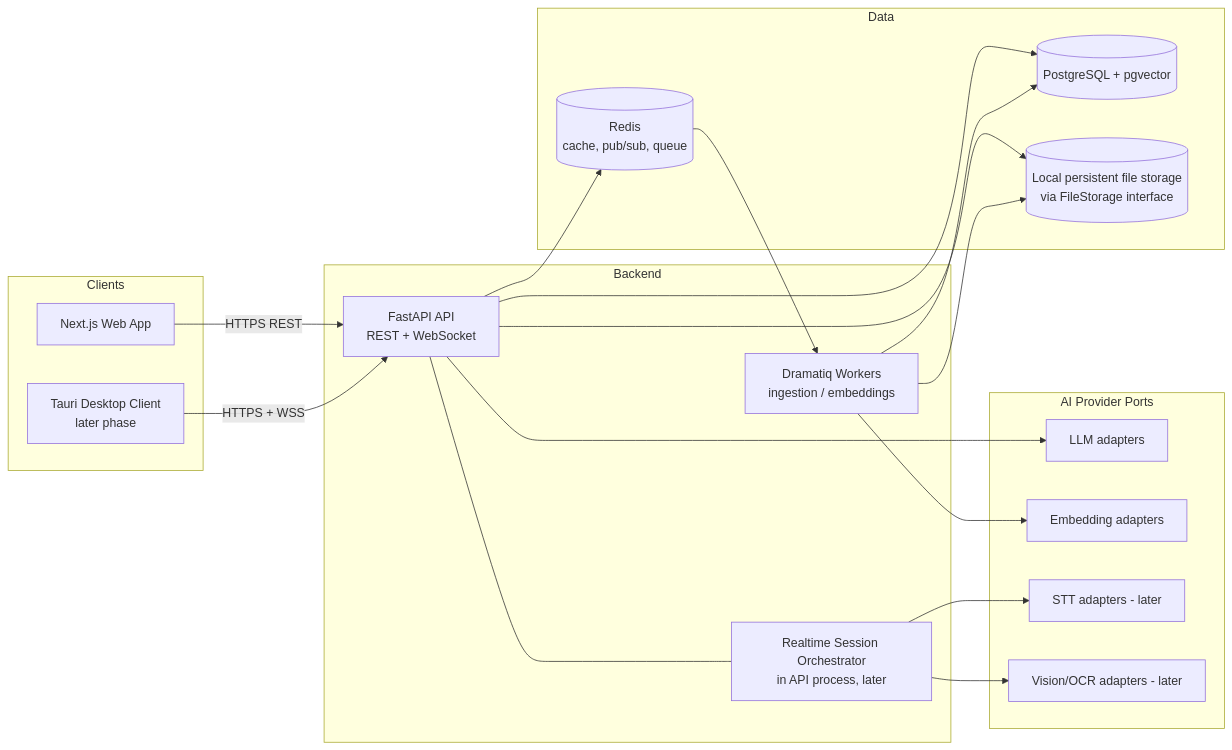
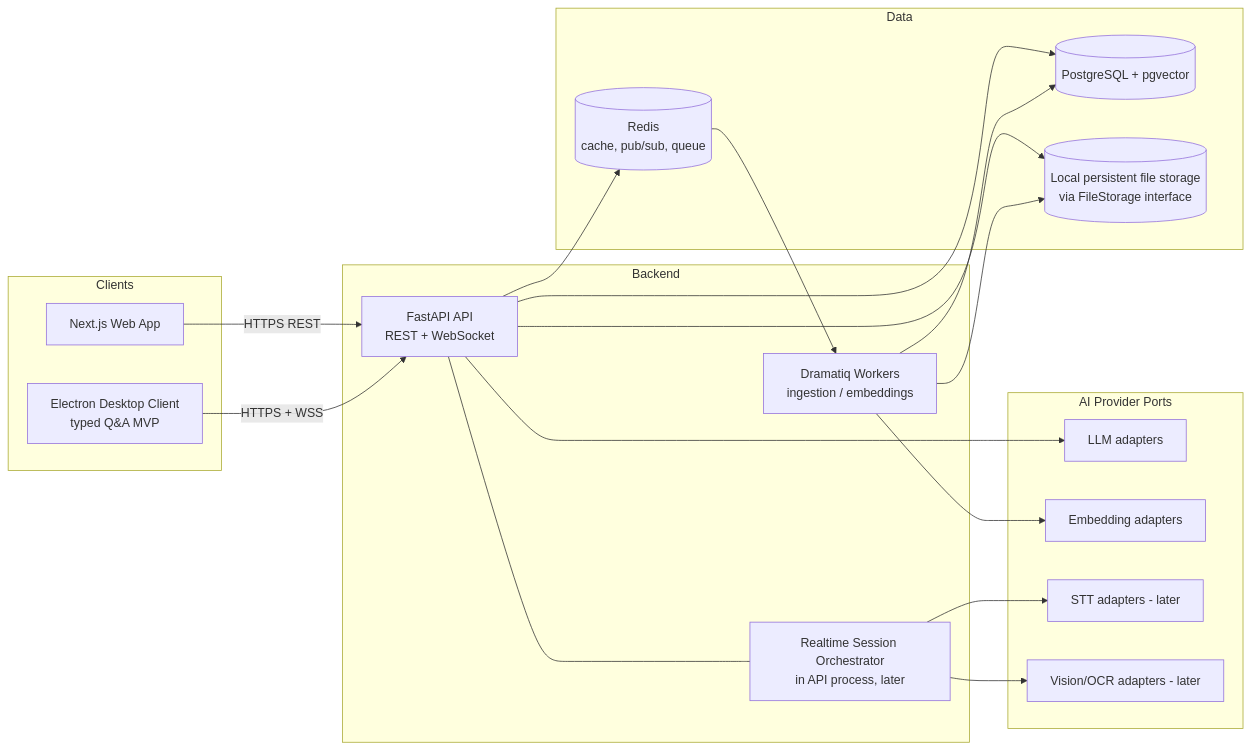
The first of 4 diagrams in docs/ARCHITECTURE.md (gangadhar0424/Interview-assistant), drawn with Mermaid before and after one commit. The commit also changed other lines of this file and 97 other files, not shown here.

````diff
--- a/docs/ARCHITECTURE.md
+++ b/docs/ARCHITECTURE.md
@@ -7,36 +7,36 @@
 ```mermaid
 flowchart LR
   subgraph Clients
     WEB[Next.js Web App]
-    DESK[Tauri Desktop Client<br/>later phase]
+    DESK[Electron Desktop Client<br/>typed Q&A MVP]
   end
   subgraph Backend
     API[FastAPI API<br/>REST + WebSocket]
     WRK[Dramatiq Workers<br/>ingestion / embeddings]
     RT[Realtime Session Orchestrator<br/>in API process, later]
   end
   subgraph Data
     PG[(PostgreSQL + pgvector)]
     RD[(Redis<br/>cache, pub/sub, queue)]
     OBJ[(Local persistent file storage<br/>via FileStorage interface)]
   end
   subgraph AI[AI Provider Ports]
     LLM[LLM adapters]
     EMB[Embedding adapters]
     STT[STT adapters - later]
     VIS[Vision/OCR adapters - later]
   end
   WEB -->|HTTPS REST| API
   DESK -->|HTTPS + WSS| API
   API --> PG
   API --> RD
   API --> OBJ
   API --> LLM
   RD --> WRK
   WRK --> OBJ
   WRK --> PG
   WRK --> EMB
   RT --> STT
   RT --> VIS
   API --- RT
 ```
````
